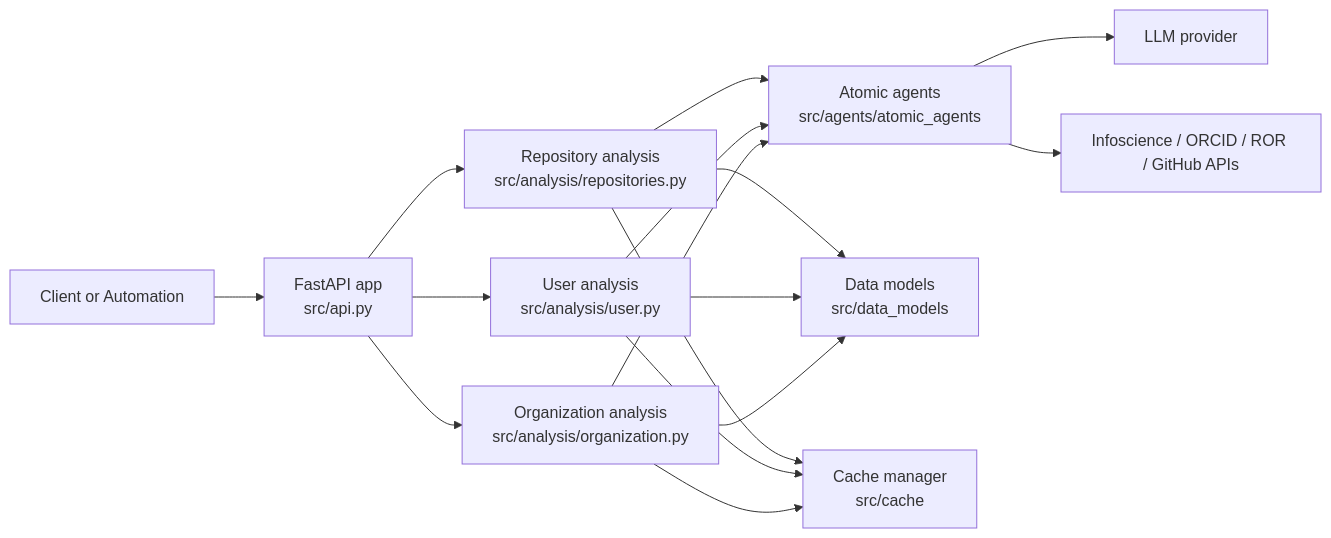
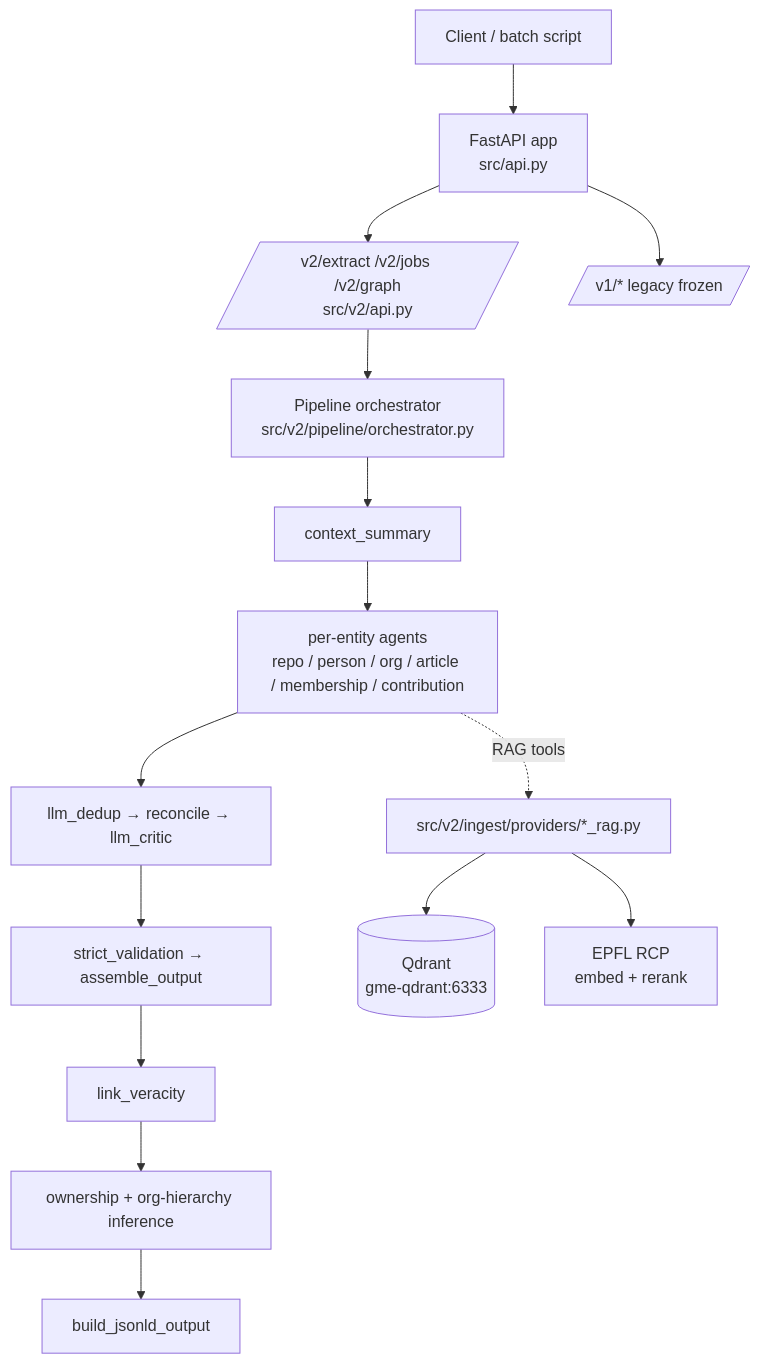
Before and after one commit to Imaging-Plaza/git-metadata-extractor: the first of 2 diagrams in docs/index.md, drawn with Mermaid. The commit also changed other lines of this file and 227 other files, not shown here.

Commit message:
feat(RAGs): Enhance .env.example with detailed settings for SWISSUbase, RenkuLab, and EPFL Graph indices. Update AGENTS.md and justfile with new indexer commands and documentation for improved clarity and usability. Modify mkdocs.yml to reflect new documentation structure and sections.

````diff
--- a/docs/index.md
+++ b/docs/index.md
@@ -15,23 +37,19 @@
 ```mermaid
-flowchart LR
-    A[Client or Automation] --> B[FastAPI app<br/>src/api.py]
+flowchart TB
+    A[Client / batch script] --> B[FastAPI app<br/>src/api.py]
+    B --> V2[/v2/extract /v2/jobs /v2/graph<br/>src/v2/api.py/]
+    B --> V1[/v1/* legacy frozen/]
 
-    B --> C1[Repository analysis<br/>src/analysis/repositories.py]
-    B --> C2[User analysis<br/>src/analysis/user.py]
-    B --> C3[Organization analysis<br/>src/analysis/organization.py]
+    V2 --> P[Pipeline orchestrator<br/>src/v2/pipeline/orchestrator.py]
+    P --> CTX[context_summary]
+    CTX --> AG[per-entity agents<br/>repo / person / org / article / membership / contribution]
+    AG --> DEDUP[llm_dedup → reconcile → llm_critic]
+    DEDUP --> VAL[strict_validation → assemble_output]
+    VAL --> LV[link_veracity]
+    LV --> OWN[ownership + org-hierarchy inference]
+    OWN --> OUT[build_jsonld_output]
 
-    C1 --> D[Atomic agents<br/>src/agents/atomic_agents]
-    C2 --> D
-    C3 --> D
-
-    C1 --> E[Data models<br/>src/data_models]
-    C2 --> E
-    C3 --> E
-
-    C1 --> F[Cache manager<br/>src/cache]
-    C2 --> F
-    C3 --> F
-
-    D --> G[LLM provider]
-    D --> H[Infoscience / ORCID / ROR / GitHub APIs]
+    AG -. RAG tools .-> RAG[src/v2/ingest/providers/*_rag.py]
+    RAG --> Q[(Qdrant<br/>gme-qdrant:6333)]
+    RAG --> RCP[EPFL RCP<br/>embed + rerank]
 ```
````
